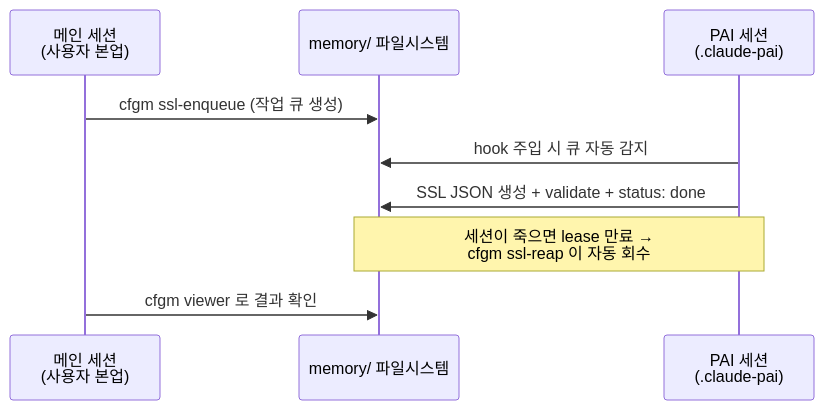
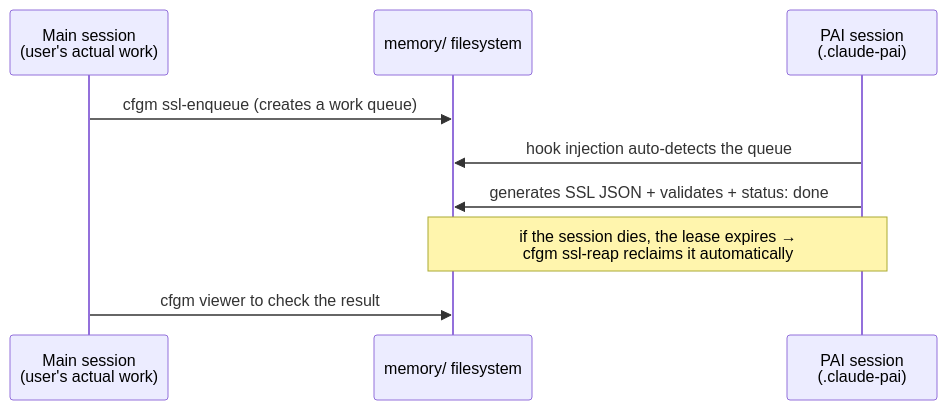
One commit to treestar84/memory-brain changed the seventh of 7 diagrams in README.md. Above: the diagram before and after it, drawn with Mermaid. The commit also changed other lines of this file and 10 other files, not shown here.

````diff
--- a/README.md
+++ b/README.md
@@ -205,11 +234,11 @@
 ```mermaid
 sequenceDiagram
-    participant M as 메인 세션<br/>(사용자 본업)
-    participant F as memory/ 파일시스템
-    participant P as PAI 세션<br/>(.claude-pai)
-    M->>F: cfgm ssl-enqueue (작업 큐 생성)
-    P->>F: hook 주입 시 큐 자동 감지
-    P->>F: SSL JSON 생성 + validate + status: done
-    Note over P,F: 세션이 죽으면 lease 만료 →<br/>cfgm ssl-reap 이 자동 회수
-    M->>F: cfgm viewer 로 결과 확인
+    participant M as Main session<br/>(user's actual work)
+    participant F as memory/ filesystem
+    participant P as PAI session<br/>(.claude-pai)
+    M->>F: cfgm ssl-enqueue (creates a work queue)
+    P->>F: hook injection auto-detects the queue
+    P->>F: generates SSL JSON + validates + status: done
+    Note over P,F: if the session dies, the lease expires →<br/>cfgm ssl-reap reclaims it automatically
+    M->>F: cfgm viewer to check the result
 ```
````
